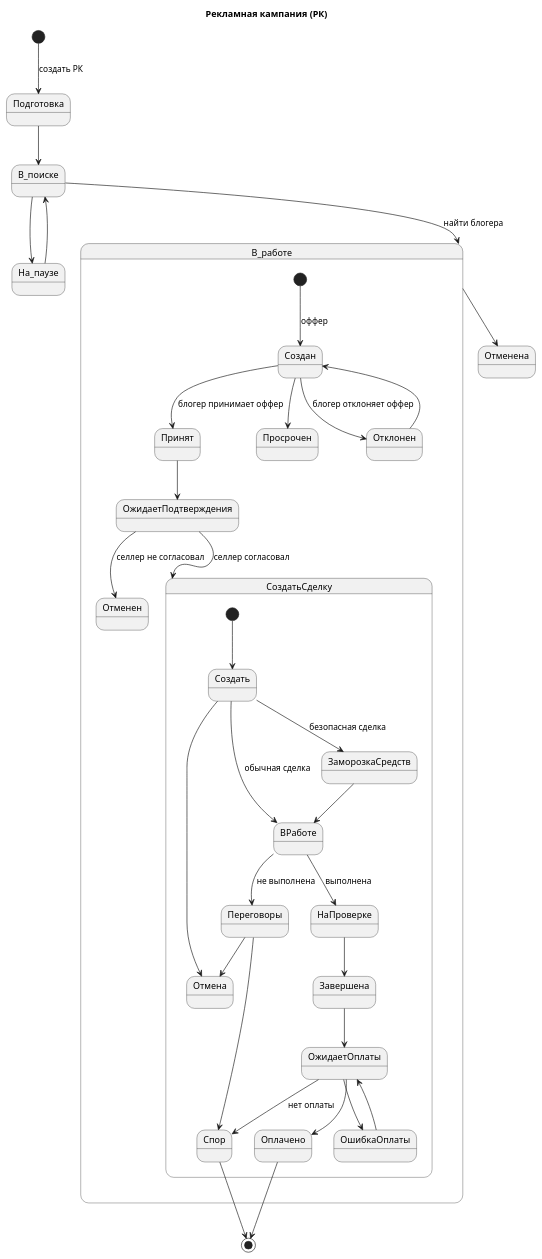
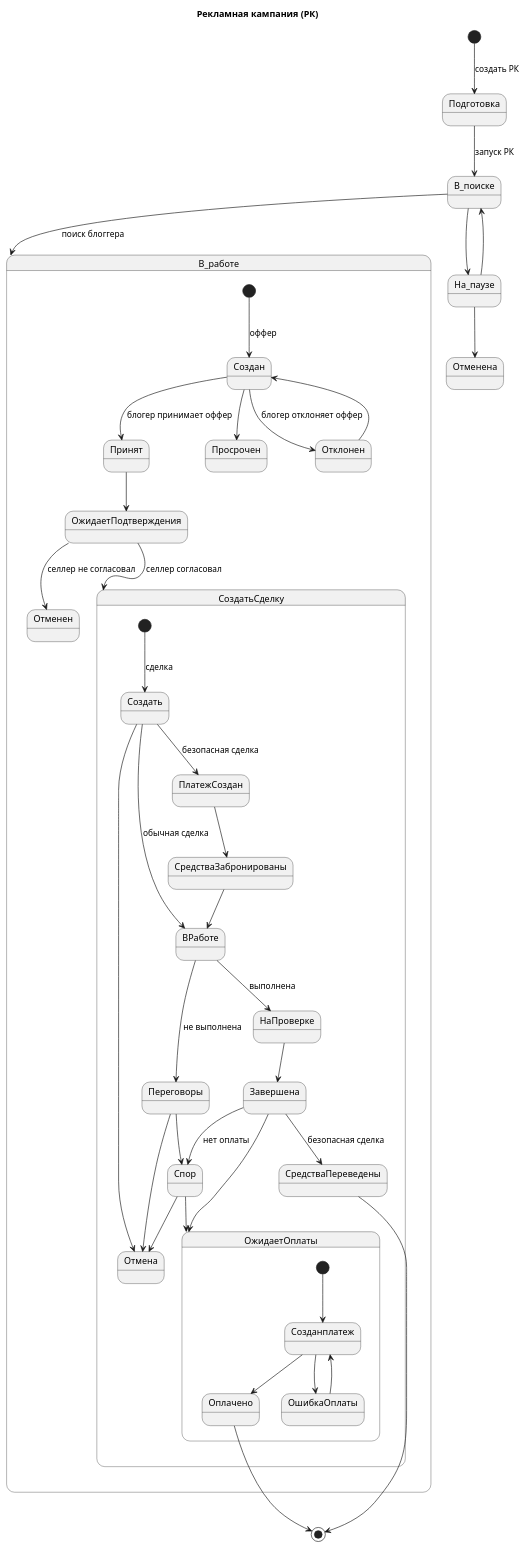
The diagram in diagrams/uml.puml (NadezdaHope19/practice), drawn with PlantUML before and after one commit.

```diff
--- a/diagrams/uml.puml
+++ b/diagrams/uml.puml
@@ -1,38 +1,45 @@
 @startuml
 title Рекламная кампания (РК)
 [*] --> Подготовка : создать РК
-Подготовка --> В_поиске
-В_поиске --> В_работе : найти блогера
+Подготовка --> В_поиске : запуск РК
+В_поиске --> В_работе : поиск блоггера
 В_поиске --> На_паузе
 На_паузе --> В_поиске
-В_работе --> Отменена
+На_паузе --> Отменена
 state В_работе {
 [*] -->  Создан : оффер
 Создан --> Принят : блогер принимает оффер
 Создан --> Отклонен : блогер отклоняет оффер
 Создан --> Просрочен
 Принят --> ОжидаетПодтверждения
 Отклонен --> Создан
 ОжидаетПодтверждения --> СоздатьСделку : селлер согласовал
 ОжидаетПодтверждения --> Отменен : селлер не согласовал
 }
 state СоздатьСделку {
-[*] --> Создать
+[*] --> Создать : сделка
 Создать --> Отмена
-Создать --> ЗаморозкаСредств : безопасная сделка
-ЗаморозкаСредств --> ВРаботе
+Создать --> ПлатежСоздан : безопасная сделка
+ПлатежСоздан --> СредстваЗабронированы
+СредстваЗабронированы --> ВРаботе
 Создать --> ВРаботе : обычная сделка
 ВРаботе --> НаПроверке : выполнена
 НаПроверке --> Завершена
 ВРаботе --> Переговоры : не выполнена
 Переговоры --> Отмена
 Переговоры --> Спор
+Спор --> Отмена
+Спор --> ОжидаетОплаты
 Завершена --> ОжидаетОплаты
-ОжидаетОплаты --> Оплачено
-ОжидаетОплаты --> ОшибкаОплаты
-ОшибкаОплаты --> ОжидаетОплаты
-ОжидаетОплаты --> Спор : нет оплаты
+Завершена --> Спор : нет оплаты
+Завершена --> СредстваПереведены : безопасная сделка
 }
-Спор --> [*]
+state ОжидаетОплаты {
+[*] --> Созданплатеж
+Созданплатеж --> Оплачено
+Созданплатеж --> ОшибкаОплаты
+ОшибкаОплаты --> Созданплатеж
+}
 Оплачено --> [*]
+СредстваПереведены --> [*]
 @enduml
```
